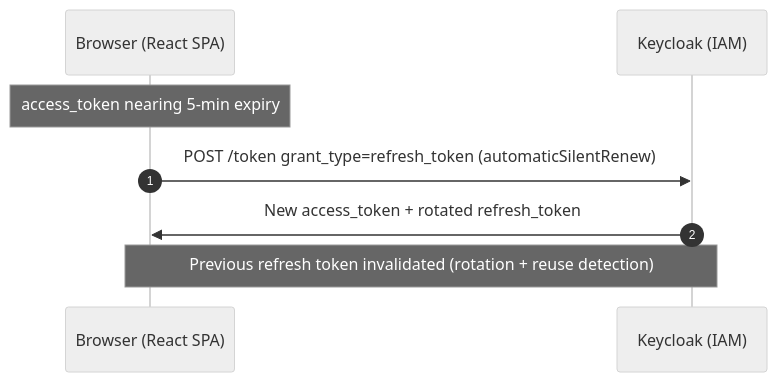
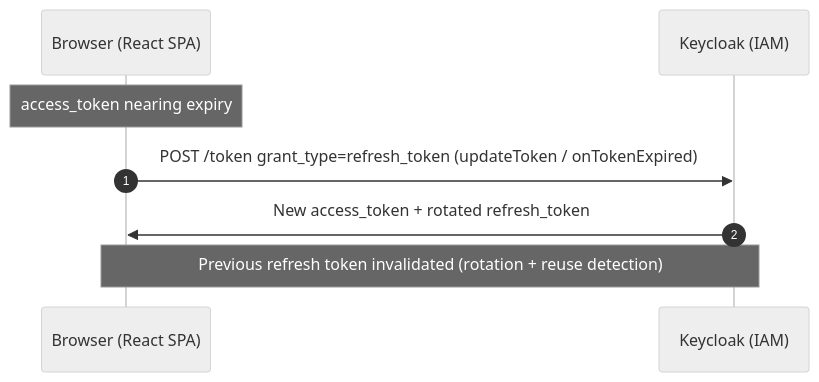
The third of 4 diagrams in docs/authentication-flow-guide.md (Nimesh-Viduranga/keycloak-react-fastapi-demo), drawn with Mermaid (neutral theme) before and after one commit. The commit also changed other lines of this file and 14 other files, not shown here.

````diff
--- a/docs/authentication-flow-guide.md
+++ b/docs/authentication-flow-guide.md
@@ -169,11 +171,11 @@
 ```mermaid
 sequenceDiagram
     autonumber
     participant SPA as Browser (React SPA)
     participant KC as Keycloak (IAM)
 
-    Note over SPA: access_token nearing 5-min expiry
-    SPA->>KC: POST /token grant_type=refresh_token (automaticSilentRenew)
+    Note over SPA: access_token nearing expiry
+    SPA->>KC: POST /token grant_type=refresh_token (updateToken / onTokenExpired)
     KC->>SPA: New access_token + rotated refresh_token
     Note over SPA,KC: Previous refresh token invalidated (rotation + reuse detection)
 ```
````
